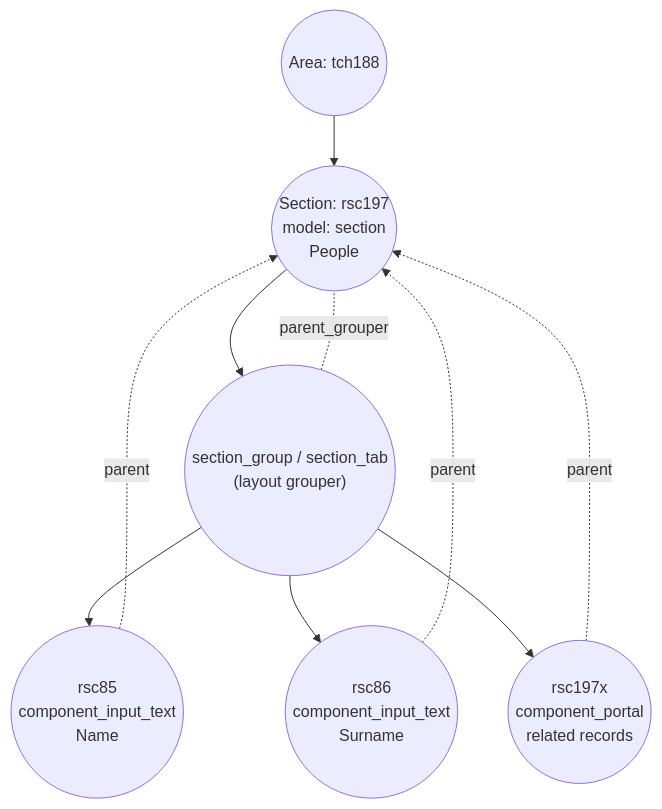
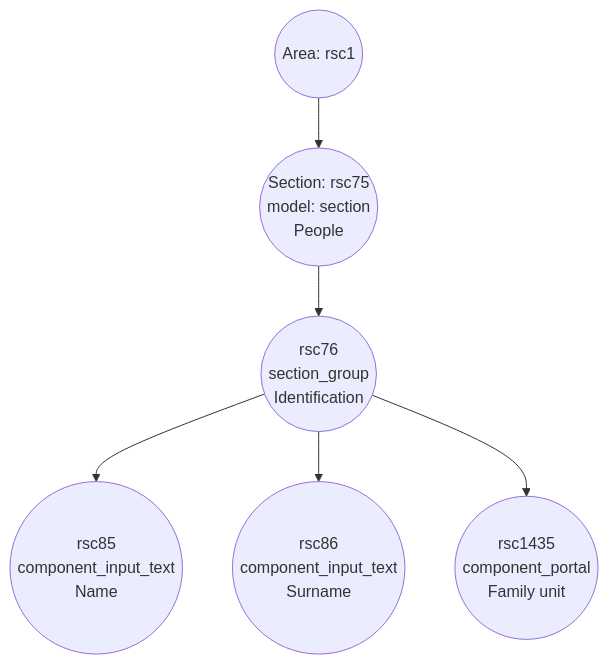
The third of 3 diagrams in docs/core/sections/index.md (renderpci/dedalo), drawn with Mermaid before and after one commit. The commit also changed other lines of this file and 3 other files, not shown here.

````diff
--- a/docs/core/sections/index.md
+++ b/docs/core/sections/index.md
@@ -416,12 +419,8 @@
 ```mermaid
 flowchart TB
-    A(("Area: tch188")) --> S(("Section: rsc197<br/>model: section<br/>People"))
-    S --> G(("section_group / section_tab<br/>(layout grouper)"))
-    G -. parent_grouper .- S
+    A(("Area: rsc1")) --> S(("Section: rsc75<br/>model: section<br/>People"))
+    S --> G(("rsc76<br/>section_group<br/>Identification"))
     G --> C1(("rsc85<br/>component_input_text<br/>Name"))
     G --> C2(("rsc86<br/>component_input_text<br/>Surname"))
-    G --> C3(("rsc197x<br/>component_portal<br/>related records"))
-    C1 -. parent .-> S
-    C2 -. parent .-> S
-    C3 -. parent .-> S
+    G --> C3(("rsc1435<br/>component_portal<br/>Family unit"))
 ```
````
